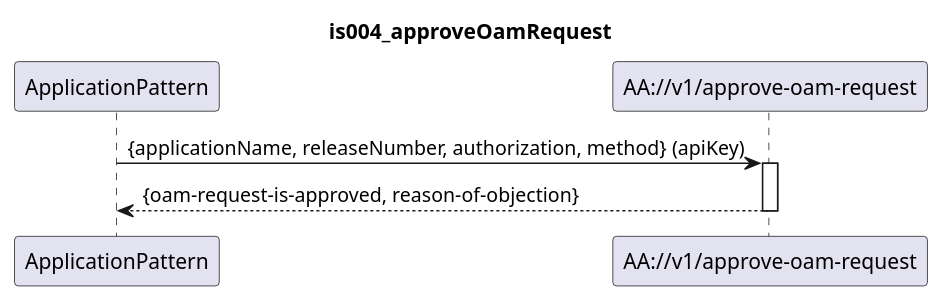
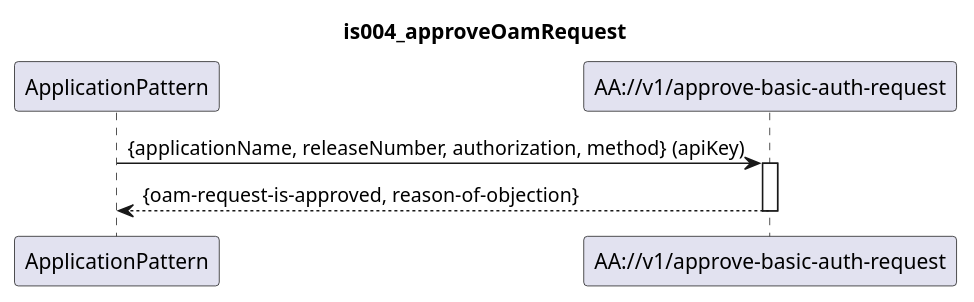
One commit to openBackhaul/AdministratorAdministration changed the diagram in spec/diagrams/ServiceView/is004_approveOamRequest.plantuml. Above: the diagram before and after it, drawn with PlantUML. The commit also changed 18 other files, not shown here.

```diff
--- a/spec/diagrams/ServiceView/is004_approveOamRequest.plantuml
+++ b/spec/diagrams/ServiceView/is004_approveOamRequest.plantuml
@@ -1,18 +1,18 @@
 @startuml is004_approveOamRequest
 skinparam responseMessageBelowArrow true
 
 title
 is004_approveOamRequest
 end title
 
 participant "ApplicationPattern" as ap
-participant "AA://v1/approve-oam-request" as aa
+participant "AA://v1/approve-basic-auth-request" as aa
 
 ap -> aa : {applicationName, releaseNumber, authorization, method} (apiKey)
 activate aa
 
 aa --> ap : {oam-request-is-approved, reason-of-objection}
 
 deactivate aa
 
 @enduml
```
